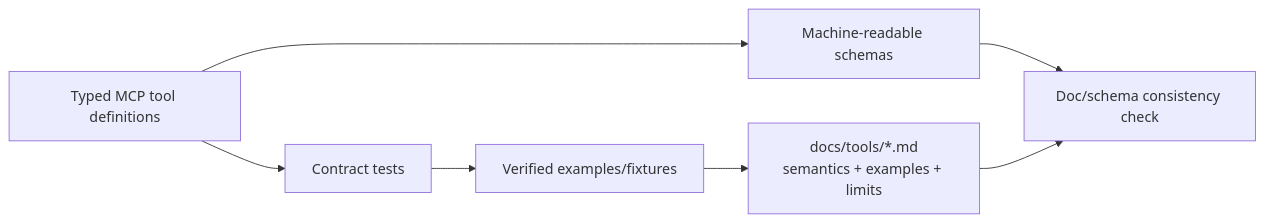
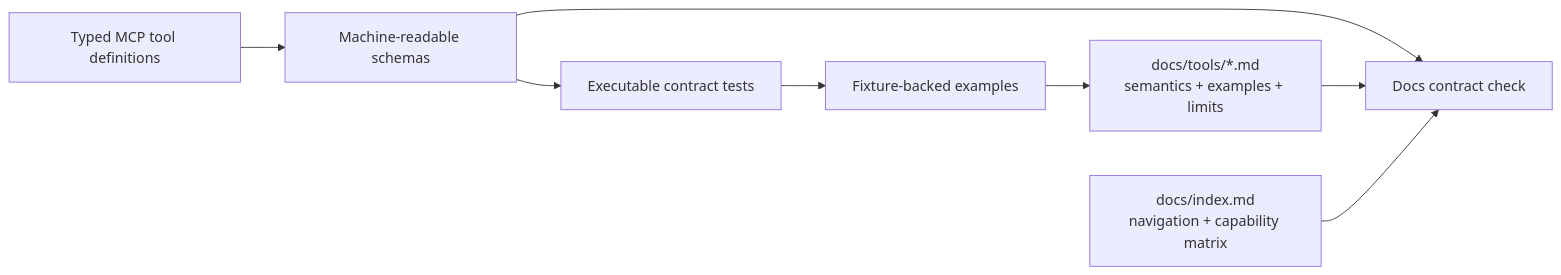
Before and after one commit to alexsosn/CAL-MCP: the second of 2 diagrams in wiki/documentation.md, drawn with Mermaid. The commit also changed other lines of this file and 20 other files, not shown here.

````diff
--- a/wiki/documentation.md
+++ b/wiki/documentation.md
@@ -129,9 +138,10 @@
 ```mermaid
 flowchart LR
     CODE[Typed MCP tool definitions] --> SCHEMA[Machine-readable schemas]
-    SCHEMA --> CHECK[Doc/schema consistency check]
-    CODE --> TESTS[Contract tests]
+    SCHEMA --> BOOT[Executable contract tests]
+    SCHEMA --> CHECK[Docs contract check]
     DOC[docs/tools/*.md\nsemantics + examples + limits] --> CHECK
-    TESTS --> EX[Verified examples/fixtures]
+    INDEX[docs/index.md\nnavigation + capability matrix] --> CHECK
+    BOOT --> EX[Fixture-backed examples]
     EX --> DOC
 ```
````
